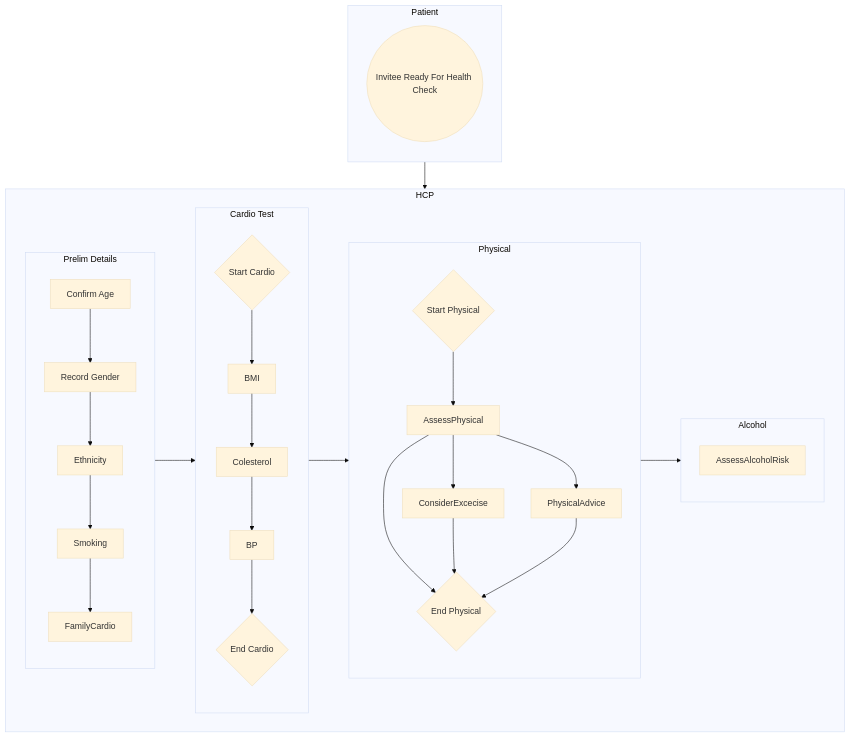
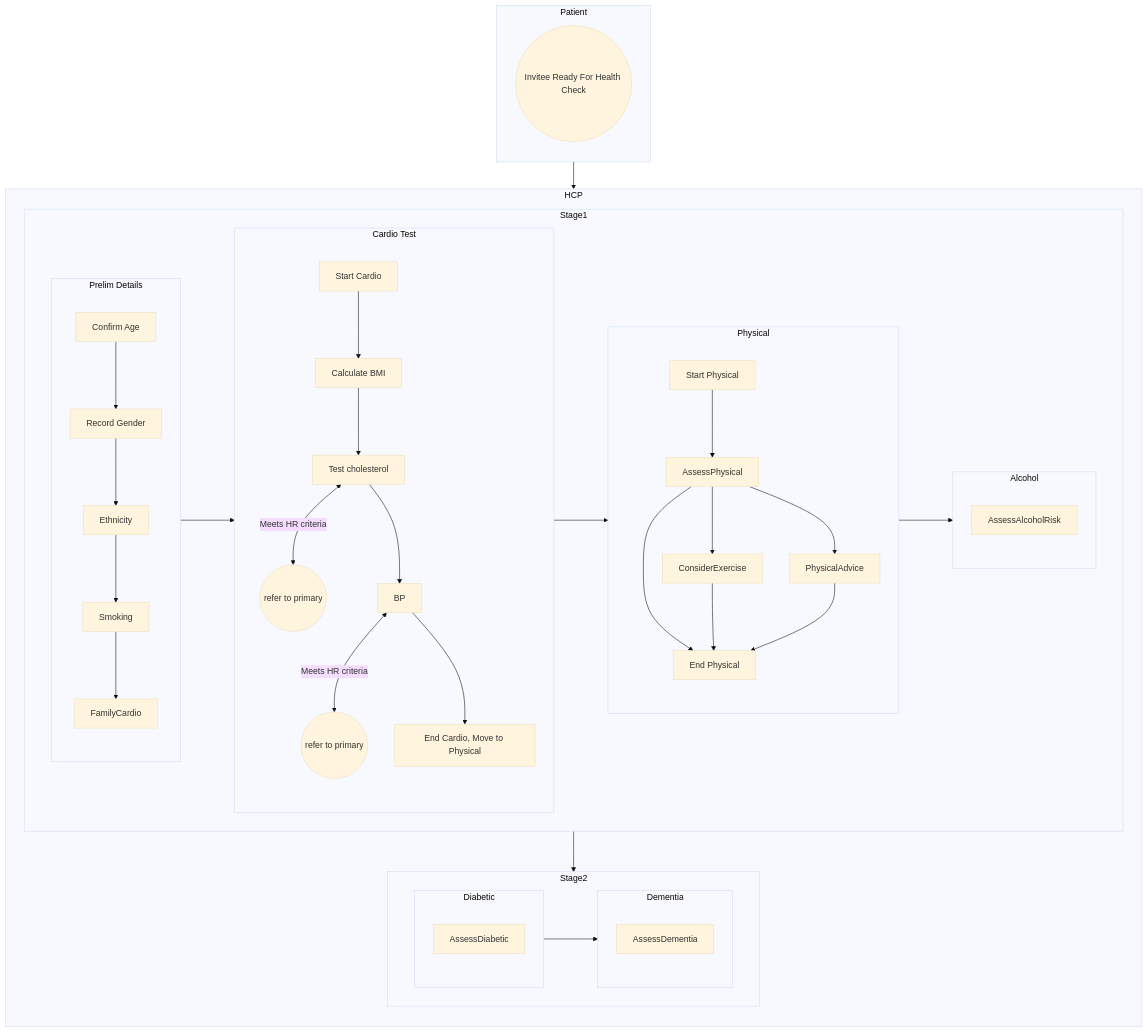
One commit to nhsexperience/nhs-experience changed the diagram in docs/digital-health-check/user-process.md. Above: the diagram before and after it, drawn with Mermaid (base theme). The commit also changed 2 other files, not shown here.

Commit message:
Working on dhc user process diag.

````diff
--- a/docs/digital-health-check/user-process.md
+++ b/docs/digital-health-check/user-process.md
@@ -17,49 +17,63 @@
 ```mermaid!
 flowchart TB
     
     Ready((Invitee Ready For Health Check))-->HCP
 
     subgraph Patient
         direction TB
         Ready((Invitee Ready For Health Check))
     end
 
     subgraph HCP
-        Prelim -->Cardio
-        Cardio -->Physical
-        Physical -->Alcohol
-        subgraph Prelim[Prelim Details]
-            direction TB
-            ConfirmA[Confirm Age] -->Gender[Record Gender]
-            Gender-->Ethnicity
-            Ethnicity-->Smoking
-            Smoking-->FamilyCardio
-        end        
-        
-        subgraph Cardio[Cardio Test]
-            direction TB
-            StartCardio{Start Cardio} -->BMI
-            BMI-->Colesterol
-            Colesterol-->BP
-            BP -->EndCario{End Cardio}
-        
+        direction TB
+        Stage1 -->Stage2
+        subgraph Stage1
+            direction LR
+            Prelim -->Cardio
+            Cardio -->Physical
+            Physical -->Alcohol        
+            subgraph Prelim[Prelim Details]
+                direction TB
+                ConfirmA[Confirm Age] -->Gender[Record Gender]
+                Gender-->Ethnicity
+                Ethnicity-->Smoking
+                Smoking-->FamilyCardio
+            end        
+            subgraph Cardio[Cardio Test]
+                direction TB
+                StartCardio[Start Cardio] -->BMI[Calculate BMI]
+                BMI-->Cholesterol[Test cholesterol]
+                Cholesterol <-->|Meets HR criteria|ColRefToPrim((refer to primary))
+                Cholesterol-->BP
+                BP <-->|Meets HR criteria|BPRefToPrim((refer to primary))
+                BP -->EndCario[End Cardio, Move to Physical]          
+            end
+            subgraph Physical
+                direction TB
+                StartPhysical[Start Physical] -->AssessPhysical
+                AssessPhysical -->ConsiderExercise
+                AssessPhysical -->PhysicalAdvice
+                AssessPhysical --> EndPhysical
+                ConsiderExercise --> EndPhysical
+                PhysicalAdvice --> EndPhysical
+                EndPhysical[End Physical]
+            end
+            subgraph Alcohol
+                direction TB
+                AssessAlcoholRisk
+            end            
         end
-
-        subgraph Physical
-            direction TB
-            StartPhysical{Start Physical} -->AssessPhysical
-            AssessPhysical -->ConsiderExcecise
-            AssessPhysical -->PhysicalAdvice
-            AssessPhysical --> EndPhysical
-            ConsiderExcecise --> EndPhysical
-            PhysicalAdvice --> EndPhysical
-            EndPhysical{End Physical}
+        subgraph Stage2
+            direction LR
+            Diabetic -->Dementia
+            subgraph Diabetic
+                direction TB
+                AssessDiabetic
+            end 
+            subgraph Dementia
+                direction TB
+                AssessDementia
+            end 
         end
-
-        subgraph Alcohol
-            direction TB
-            AssessAlcoholRisk
-            
-        end        
     end
 ```
````
